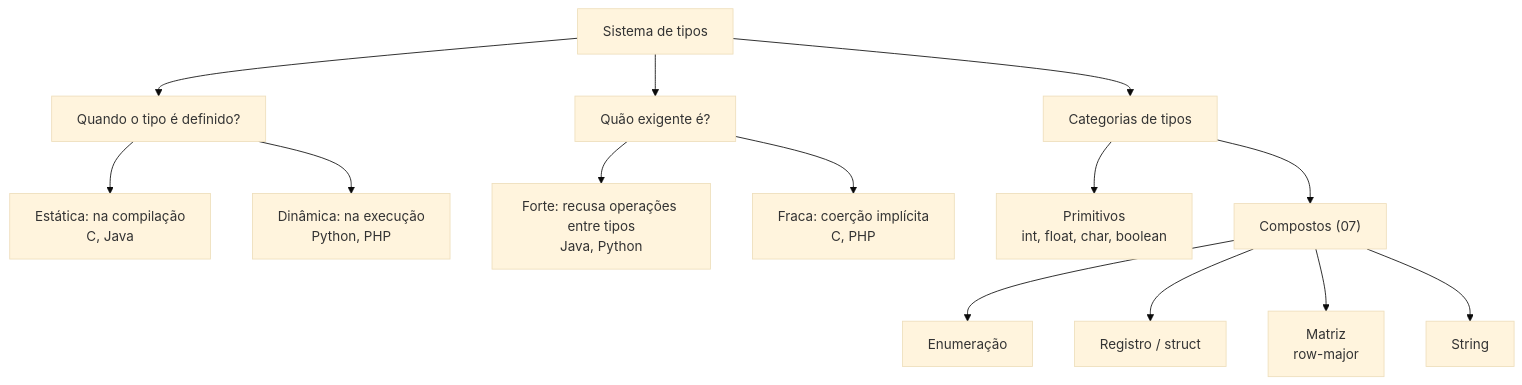
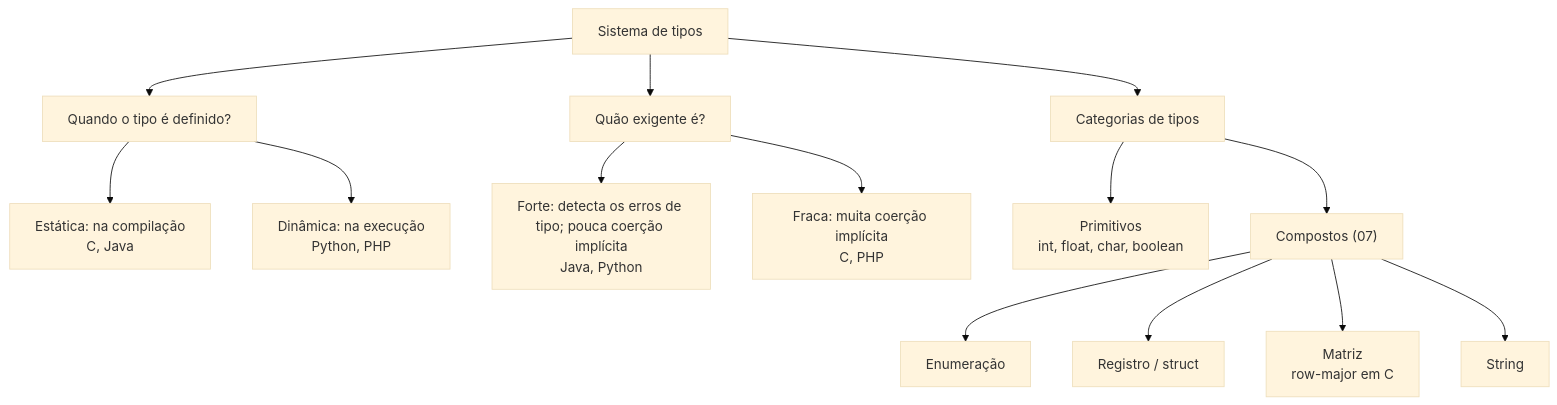
One commit to https-shini/unicsul-paradigmas-de-programacao changed the fourth of 7 diagrams in 06 - Revisões e Sínteses/mapas-conceituais.md. Above: the diagram before and after it, drawn with Mermaid (base theme). The commit also changed 118 other files, not shown here.

````diff
--- a/06 - Revisões e Sínteses/mapas-conceituais.md
+++ b/06 - Revisões e Sínteses/mapas-conceituais.md
@@ -79,17 +79,17 @@
 ```mermaid
 flowchart TB
     TIPO["Sistema de tipos"]
     TIPO --> QUANDO["Quando o tipo é definido?"]
     TIPO --> FORCA["Quão exigente é?"]
     TIPO --> CAT["Categorias de tipos"]
     QUANDO --> SE["Estática: na compilação<br/>C, Java"]
     QUANDO --> DI["Dinâmica: na execução<br/>Python, PHP"]
-    FORCA --> FO["Forte: recusa operações entre tipos<br/>Java, Python"]
-    FORCA --> FR["Fraca: coerção implícita<br/>C, PHP"]
+    FORCA --> FO["Forte: detecta os erros de tipo; pouca coerção implícita<br/>Java, Python"]
+    FORCA --> FR["Fraca: muita coerção implícita<br/>C, PHP"]
     CAT --> PRIM["Primitivos<br/>int, float, char, boolean"]
     CAT --> COMP["Compostos (07)"]
     COMP --> ENUM["Enumeração"]
     COMP --> REG["Registro / struct"]
-    COMP --> MAT["Matriz<br/>row-major"]
+    COMP --> MAT["Matriz<br/>row-major em C"]
     COMP --> STR["String"]
 ```
````
